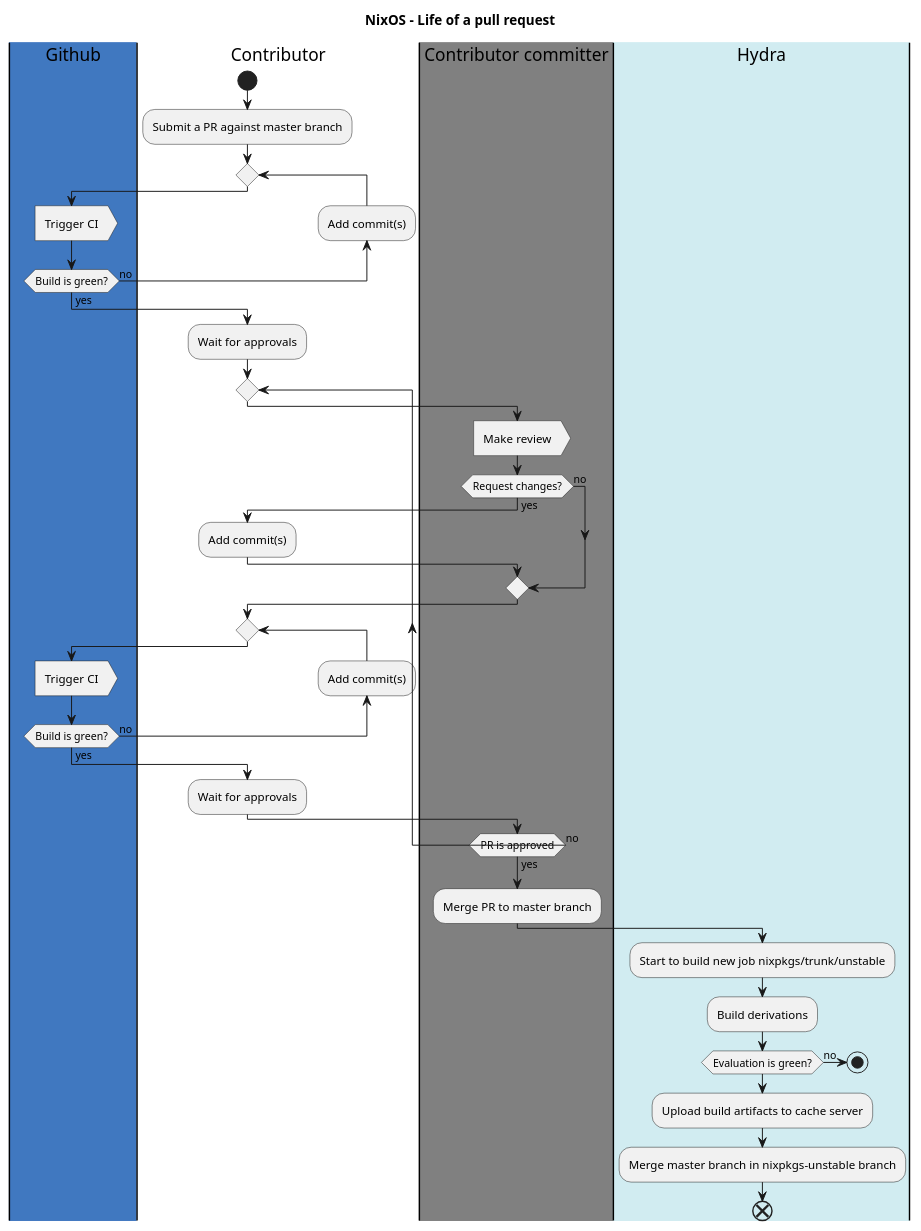
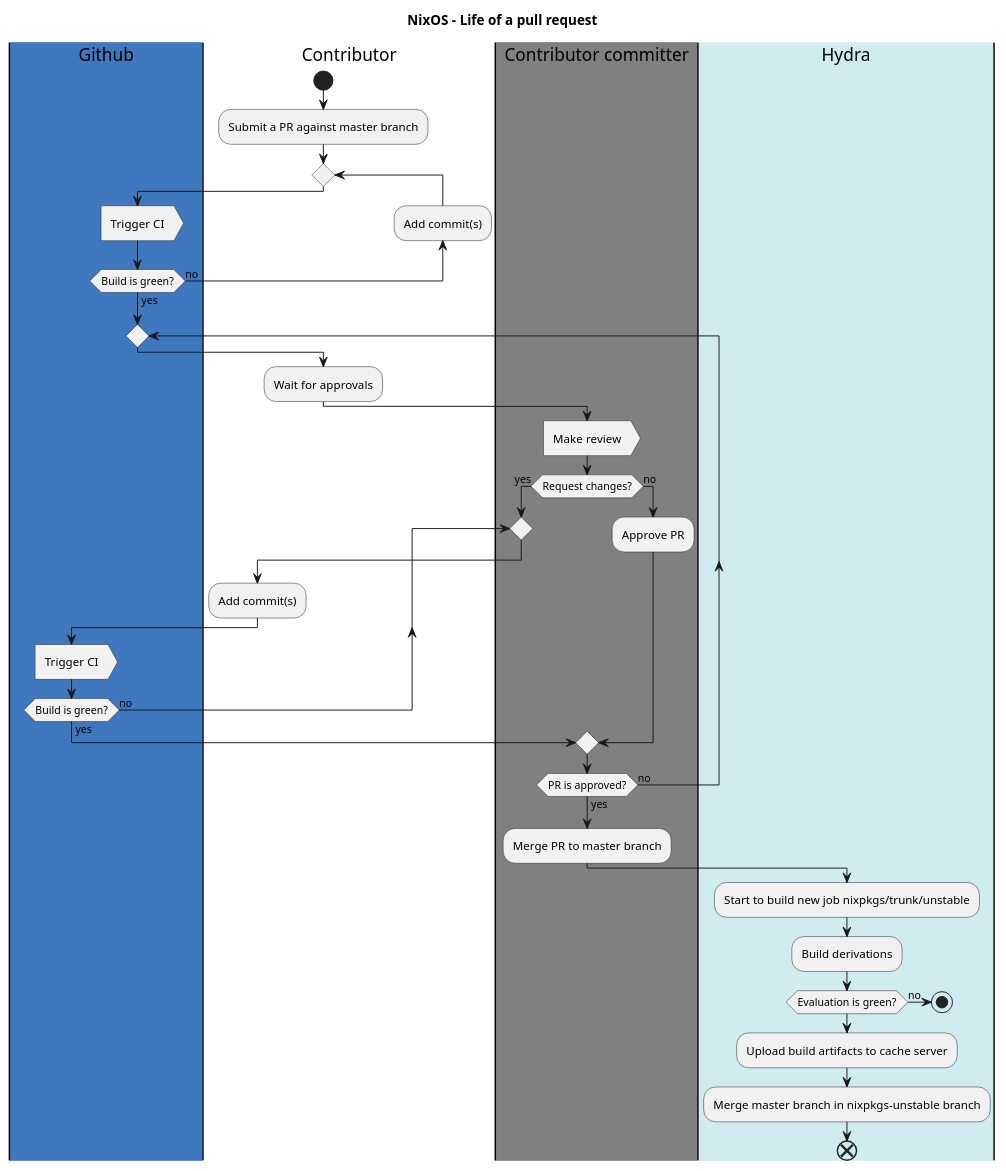
Before and after one commit to drupol/nixos-processes: the diagram in src/life-of-a-pr.plantuml, drawn with PlantUML.

Commit message:
Update UML workflow.

```diff
--- a/src/life-of-a-pr.plantuml
+++ b/src/life-of-a-pr.plantuml
@@ -1,61 +1,53 @@
 @startuml Nixos - Life of a pull request
 
 title NixOS - Life of a pull request
 
 |#4078c0|Github|
 |#white|Contributor|
 |#grey|Contributor committer|
 |#d1ecf1|Hydra|
 
 |Contributor|
 start
-:Submit a PR against master branch;
+  :Submit a PR against master branch;
 
-repeat
-backward :Add commit(s);
-|Github|
-:Trigger CI>
-repeat while (Build is green?) is (no) not (yes)
+  repeat
+    backward :Add commit(s);
+    |Github|
+    :Trigger CI>
+  repeat while (Build is green?) is (no) not (yes)
 
-|Contributor|
-:Wait for approvals;
+  repeat
+    |Contributor|
+    :Wait for approvals;
 
-repeat
-|Contributor committer|
-:Make review>
-if (Request changes?) then (yes)
-|Contributor|
-:Add commit(s);
-else (no)
-endif
+    |Contributor committer|
+    :Make review>
+    if (Request changes?) then (yes)
+      repeat
+        |Contributor|
+        :Add commit(s);
+        |Github|
+        :Trigger CI>
+      repeat while (Build is green?) is (no) not (yes)
+    else (no)
+      |Contributor committer|
+      :Approve PR;
+    endif
+  repeat while (PR is approved?) is (no) not (yes)
 
+  |Contributor committer|
+  :Merge PR to master branch;
 
-repeat
-|Contributor|
-backward :Add commit(s);
-|Github|
-:Trigger CI>
-repeat while (Build is green?) is (no) not (yes)
+  |Hydra|
+  :Start to build new job nixpkgs/trunk/unstable;
+  :Build derivations;
 
-|Contributor|
-:Wait for approvals;
+  if (Evaluation is green?) is (no) then
+  stop
+  endif
 
-|Contributor committer|
-repeat while (PR is approved) is (no) not (yes)
-
-|Contributor committer|
-:Merge PR to master branch;
-
-|Hydra|
-:Start to build new job nixpkgs/trunk/unstable;
-
-:Build derivations;
-if (Evaluation is green?) is (no) then
-stop
-endif;
-
-:Upload build artifacts to cache server;
-
-:Merge master branch in nixpkgs-unstable branch;
+  :Upload build artifacts to cache server;
+  :Merge master branch in nixpkgs-unstable branch;
 end
 @enduml
```
